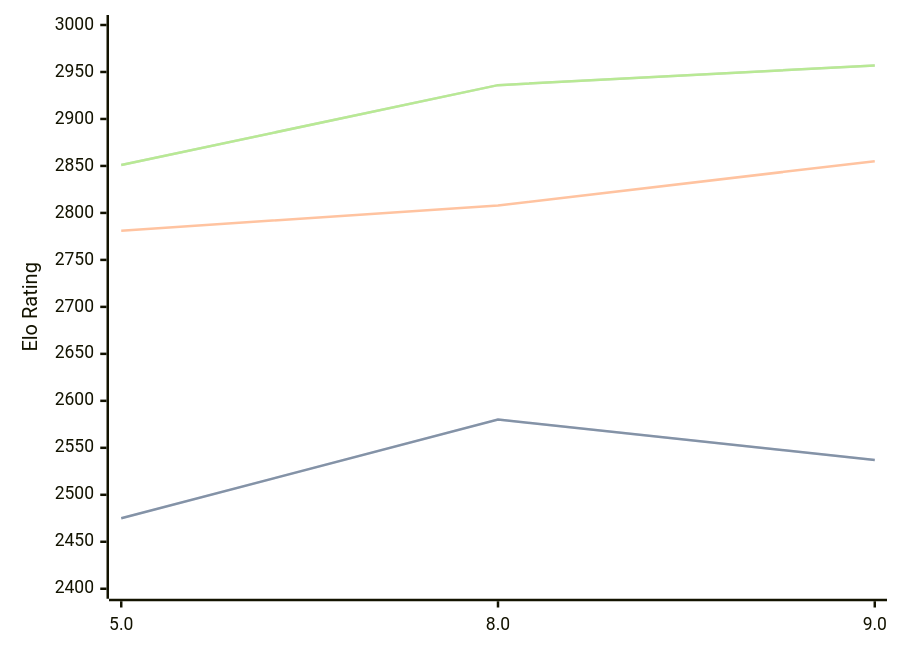
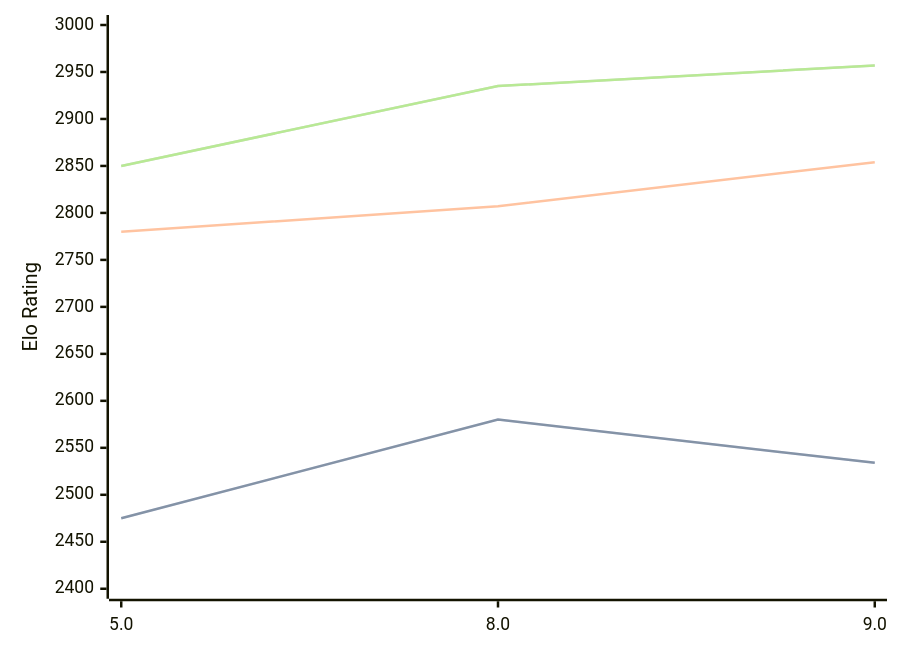
Before and after one commit to computer-chess-index/cci: the first of 3 diagrams in engines/4kc.md, drawn with Mermaid. The commit also changed other lines of this file, not shown here.

Commit message:
Update CCI Ratings (ELO VLTC) - 2026-07-15

````diff
--- a/engines/4kc.md
+++ b/engines/4kc.md
@@ -42,11 +42,11 @@
 ```mermaid
 %%{init: {"theme":"base","themeVariables":{"seriesColors:['#a3a3a3','#222221','#faa371']}}}%%
 xychart-beta
   x-axis ["5.0", "8.0", "9.0"]
   y-axis "Elo Rating" 2400 --> 3000
-  line "STC (8.0+0.08s)" [2475, 2580, 2537]
-  line "STC (8.0+0.08s)" [2475, 2580, 2537]
-  line "LTC (60.0+0.60s)" [2781, 2808, 2855]
-  line "VLTC (2m24s+1.12s)" [2851, 2936, 2957]
-  line "VLTC (2m24s+1.12s)" [2851, 2936, 2957]
+  line "STC (8.0+0.08s)" [2475, 2580, 2534]
+  line "STC (8.0+0.08s)" [2475, 2580, 2534]
+  line "LTC (60.0+0.60s)" [2780, 2807, 2854]
+  line "VLTC (2m24s+1.12s)" [2850, 2935, 2957]
+  line "VLTC (2m24s+1.12s)" [2850, 2935, 2957]
 ```
````
